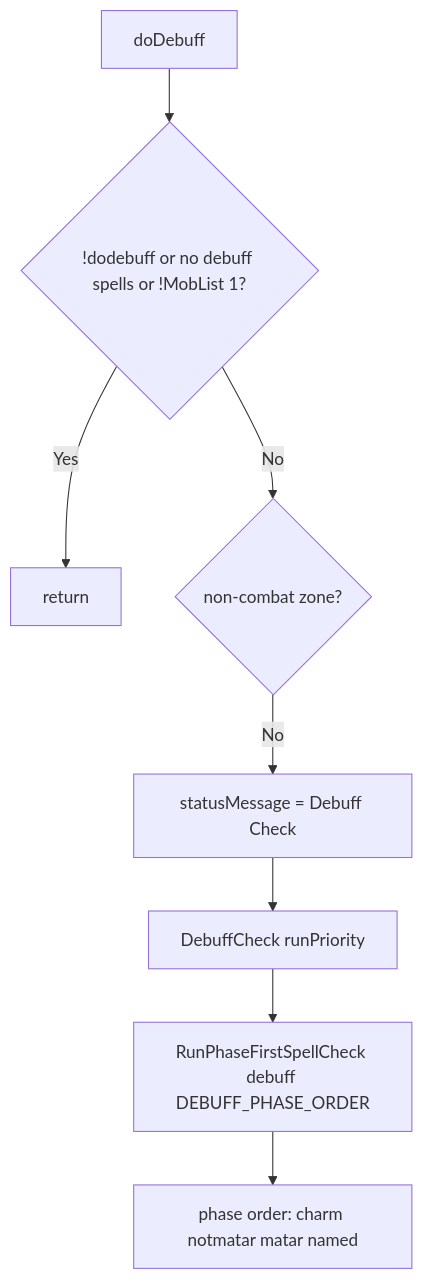
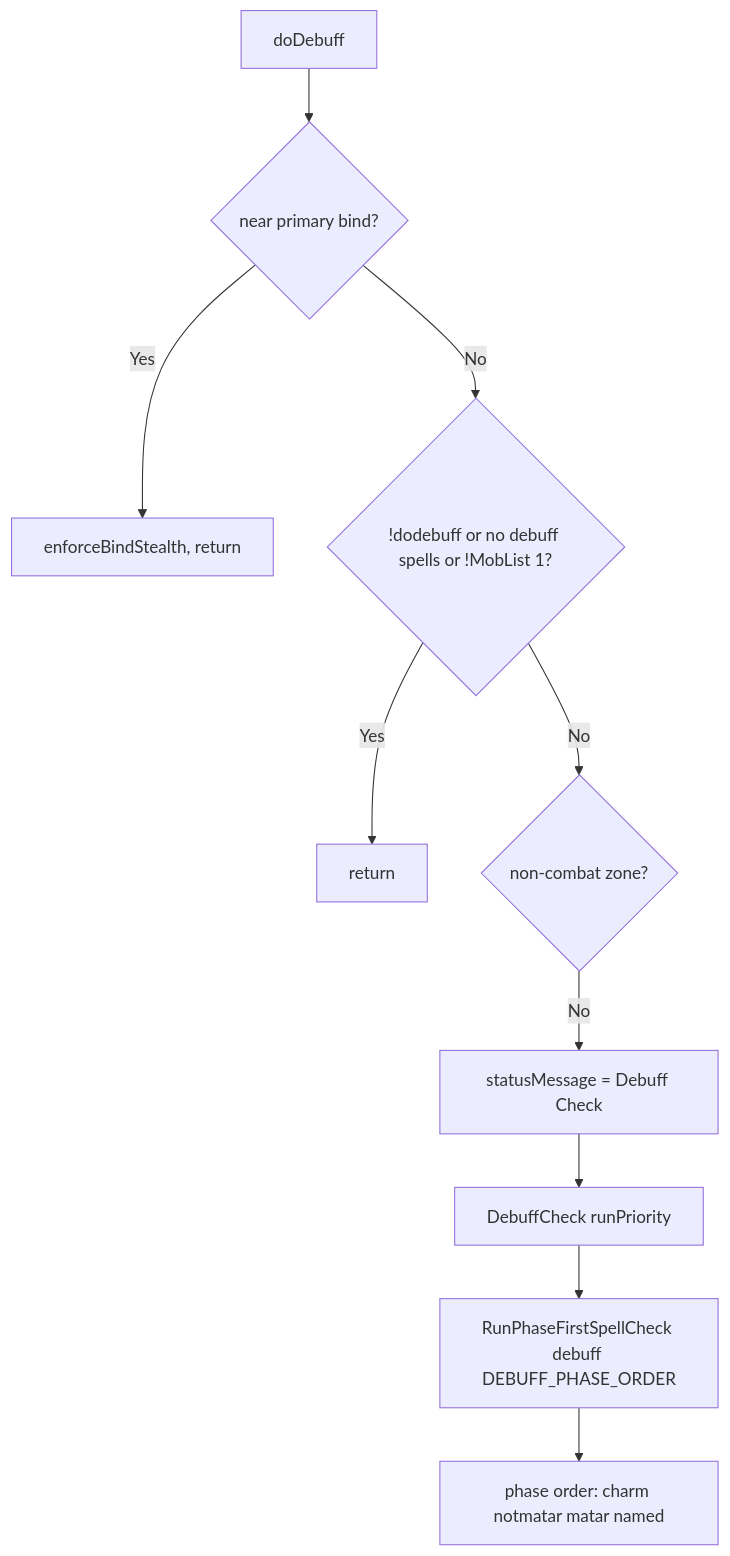
Before and after one commit to Cezero/czbot: the diagram in docs/botlogic/hook-dodebuff.md, drawn with Mermaid. The commit also changed other lines of this file and 26 other files, not shown here.

````diff
--- a/docs/botlogic/hook-dodebuff.md
+++ b/docs/botlogic/hook-dodebuff.md
@@ -10,10 +10,12 @@
 ```mermaid
 flowchart TB
-    Start[doDebuff] --> Guards{!dodebuff or no debuff spells or !MobList 1?}
+    Start[doDebuff] --> Bind{near primary bind?}
+    Bind -->|Yes| EndBind[enforceBindStealth, return]
+    Bind -->|No| Guards{!dodebuff or no debuff spells or !MobList 1?}
     Guards -->|Yes| End[return]
     Guards -->|No| Zone{non-combat zone?}
     Zone -->|No| Status[statusMessage = Debuff Check]
     Status --> DebuffCheck[DebuffCheck runPriority]
     DebuffCheck --> RunPhase[RunPhaseFirstSpellCheck debuff DEBUFF_PHASE_ORDER]
     RunPhase --> PhaseLoop[phase order: charm notmatar matar named]
 ```
````
